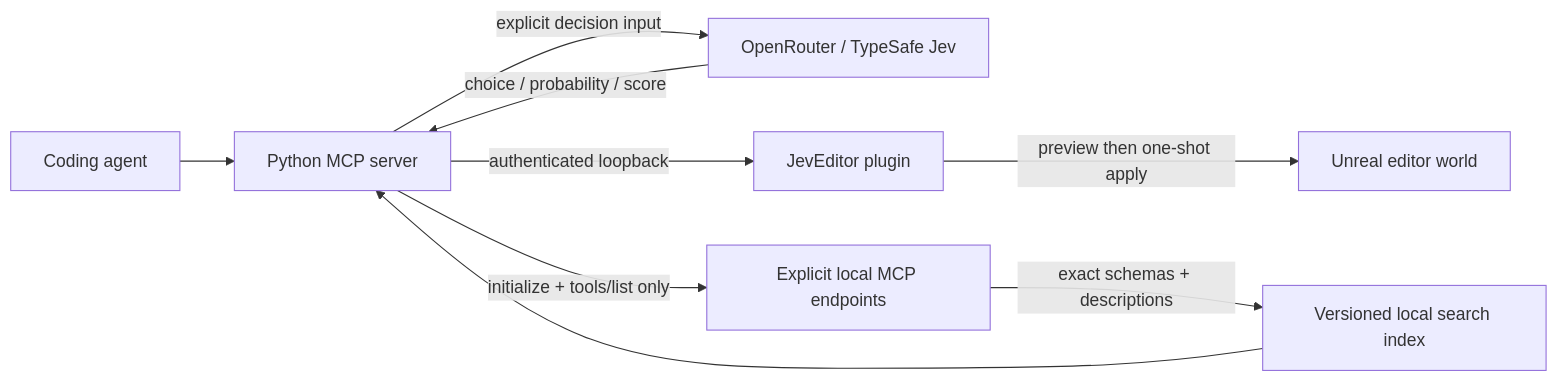
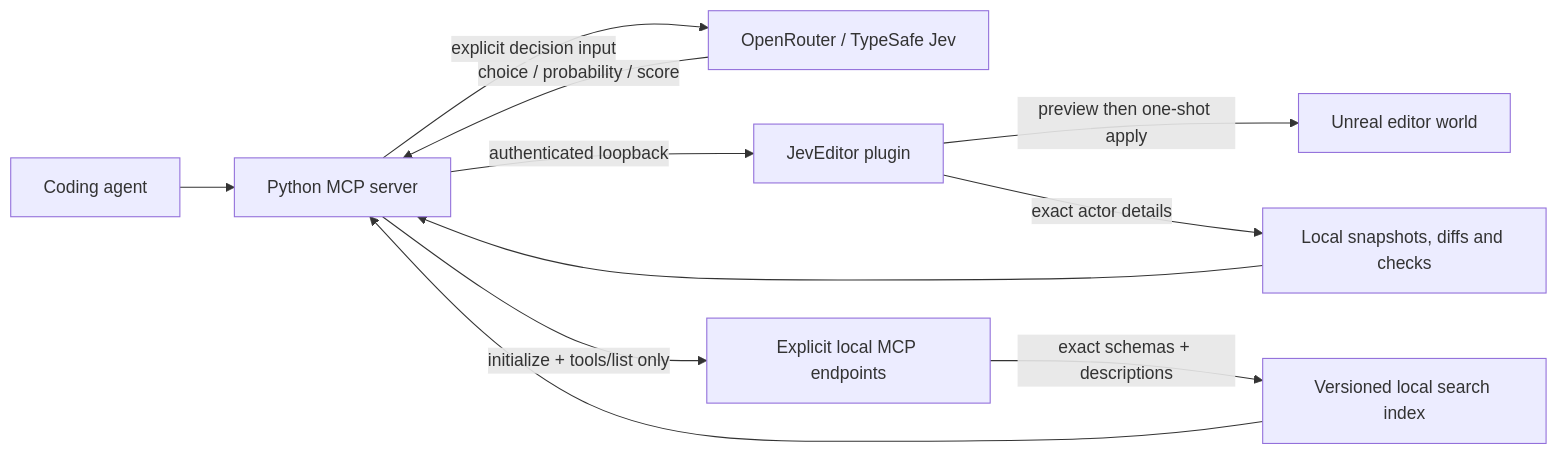
One commit to FahadArfin/Jev_Unreal changed the diagram in docs/ARCHITECTURE.md. Above: the diagram before and after it, drawn with Mermaid. The commit also changed other lines of this file and 42 other files, not shown here.

````diff
--- a/docs/ARCHITECTURE.md
+++ b/docs/ARCHITECTURE.md
@@ -5,11 +5,13 @@
 ```mermaid
 flowchart LR
     Agent[Coding agent] --> MCP[Python MCP server]
     MCP -->|explicit decision input| Jev[OpenRouter / TypeSafe Jev]
     Jev -->|choice / probability / score| MCP
     MCP -->|authenticated loopback| Editor[JevEditor plugin]
     Editor -->|preview then one-shot apply| World[Unreal editor world]
+    Editor -->|exact actor details| Checks[Local snapshots, diffs and checks]
+    Checks --> MCP
     MCP -->|initialize + tools/list only| Catalog[Explicit local MCP endpoints]
     Catalog -->|exact schemas + descriptions| Index[Versioned local search index]
     Index --> MCP
 ```
````
